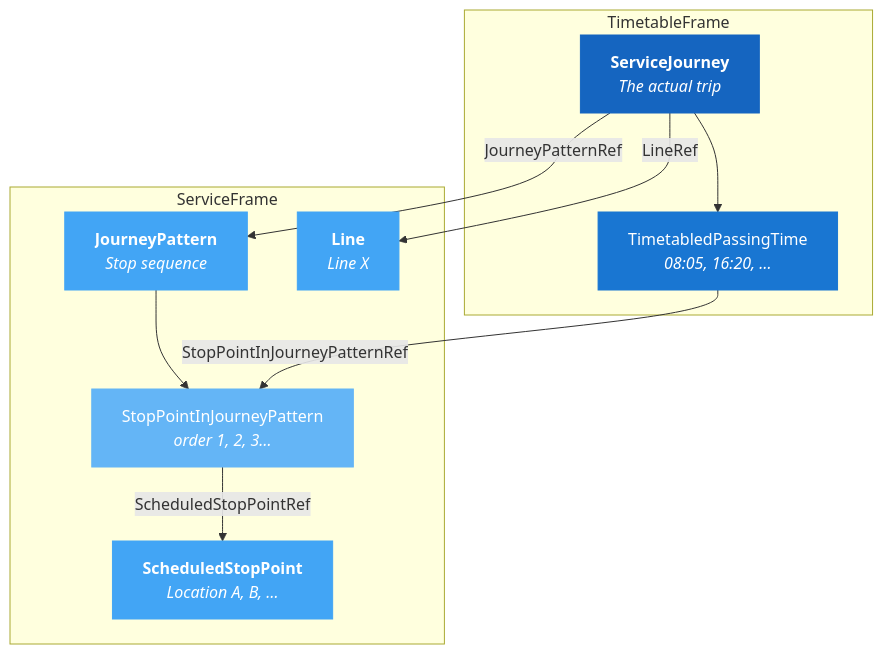
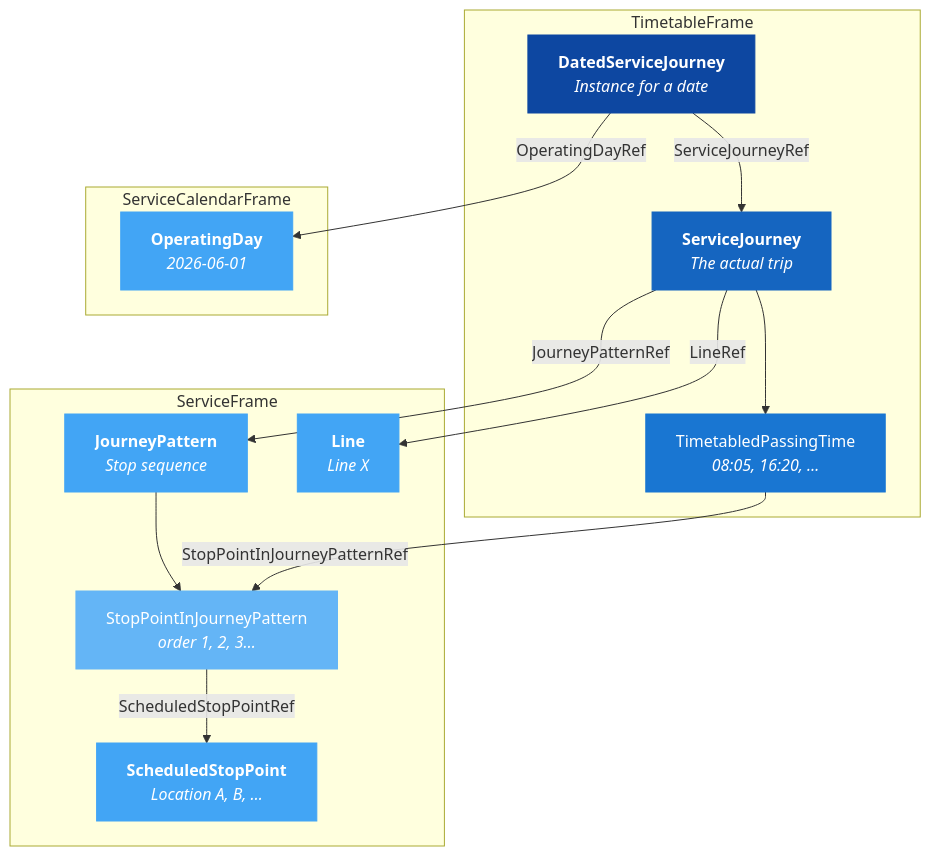
The fourth of 5 diagrams in Guides/HowToBuildATimetable/HowToBuildATimetable_Guide.md (hfjelstad/NeTEx-Nordic), drawn with Mermaid before and after one commit. The commit also changed other lines of this file, not shown here.

Commit message:
Update diagrams and tables to include DatedServiceJourney and OperatingDay throughout

````diff
--- a/Guides/HowToBuildATimetable/HowToBuildATimetable_Guide.md
+++ b/Guides/HowToBuildATimetable/HowToBuildATimetable_Guide.md
@@ -268,34 +269,44 @@
 ```mermaid
 flowchart TD
     SSP["<b>ScheduledStopPoint</b><br/><i>Location A, B, …</i>"]
     JP["<b>JourneyPattern</b><br/><i>Stop sequence</i>"]
     SPJP["StopPointInJourneyPattern<br/><i>order 1, 2, 3…</i>"]
     SJ["<b>ServiceJourney</b><br/><i>The actual trip</i>"]
     TPT["TimetabledPassingTime<br/><i>08:05, 16:20, …</i>"]
     LN["<b>Line</b><br/><i>Line X</i>"]
+    DSJ["<b>DatedServiceJourney</b><br/><i>Instance for a date</i>"]
+    OD["<b>OperatingDay</b><br/><i>2026-06-01</i>"]
 
     JP --> SPJP
     SPJP -->|"ScheduledStopPointRef"| SSP
     SJ -->|"JourneyPatternRef"| JP
     SJ -->|"LineRef"| LN
     SJ --> TPT
     TPT -->|"StopPointInJourneyPatternRef"| SPJP
+    DSJ -->|"ServiceJourneyRef"| SJ
+    DSJ -->|"OperatingDayRef"| OD
 
     subgraph ServiceFrame
         SSP
         LN
         JP
         SPJP
     end
     subgraph TimetableFrame
         SJ
         TPT
+        DSJ
+    end
+    subgraph ServiceCalendarFrame
+        OD
     end
 
     style SSP fill:#42A5F5,stroke:#42A5F5,color:#fff
     style JP fill:#42A5F5,stroke:#42A5F5,color:#fff
     style SPJP fill:#64B5F6,stroke:#64B5F6,color:#fff
     style LN fill:#42A5F5,stroke:#42A5F5,color:#fff
     style SJ fill:#1565C0,stroke:#1565C0,color:#fff
     style TPT fill:#1976D2,stroke:#1976D2,color:#fff
+    style DSJ fill:#0D47A1,stroke:#0D47A1,color:#fff
+    style OD fill:#42A5F5,stroke:#42A5F5,color:#fff
 ```
````
